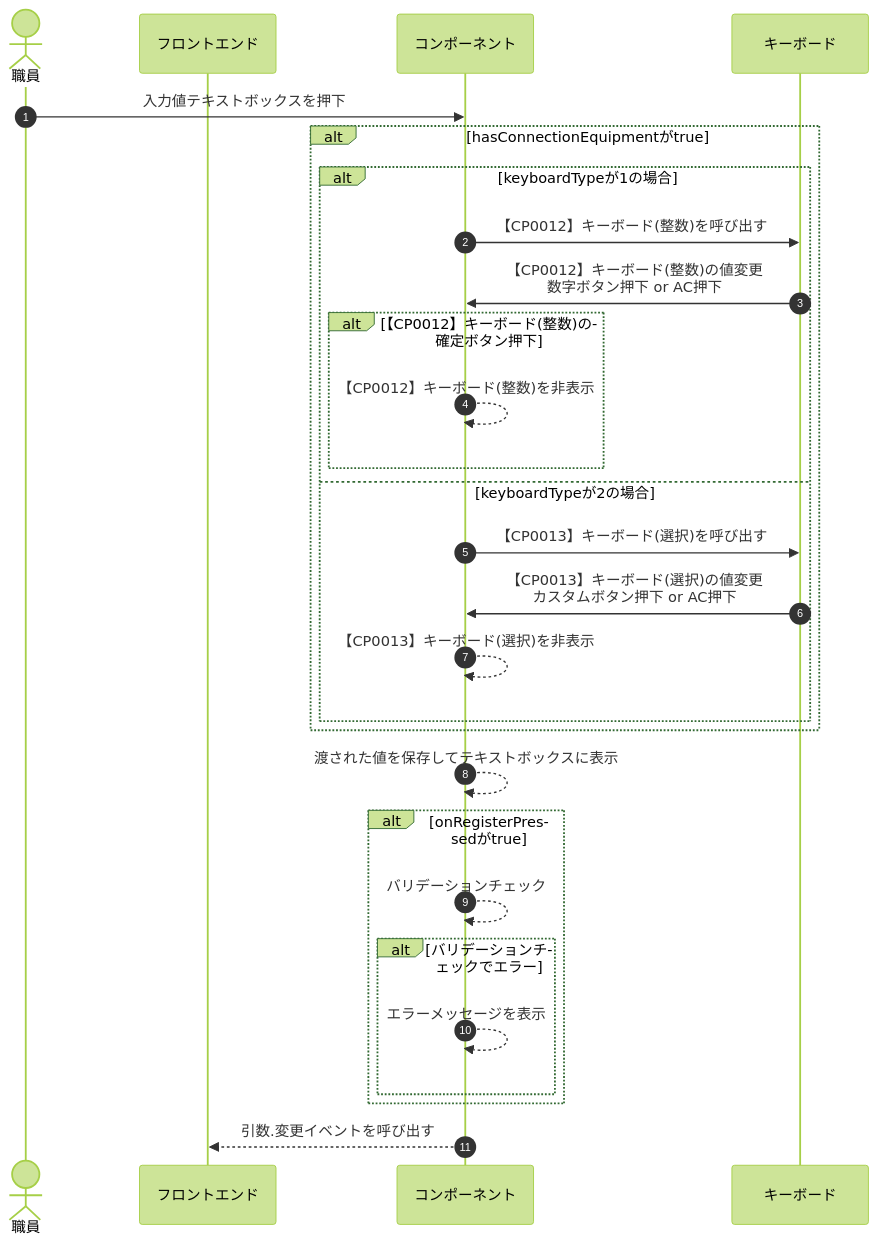
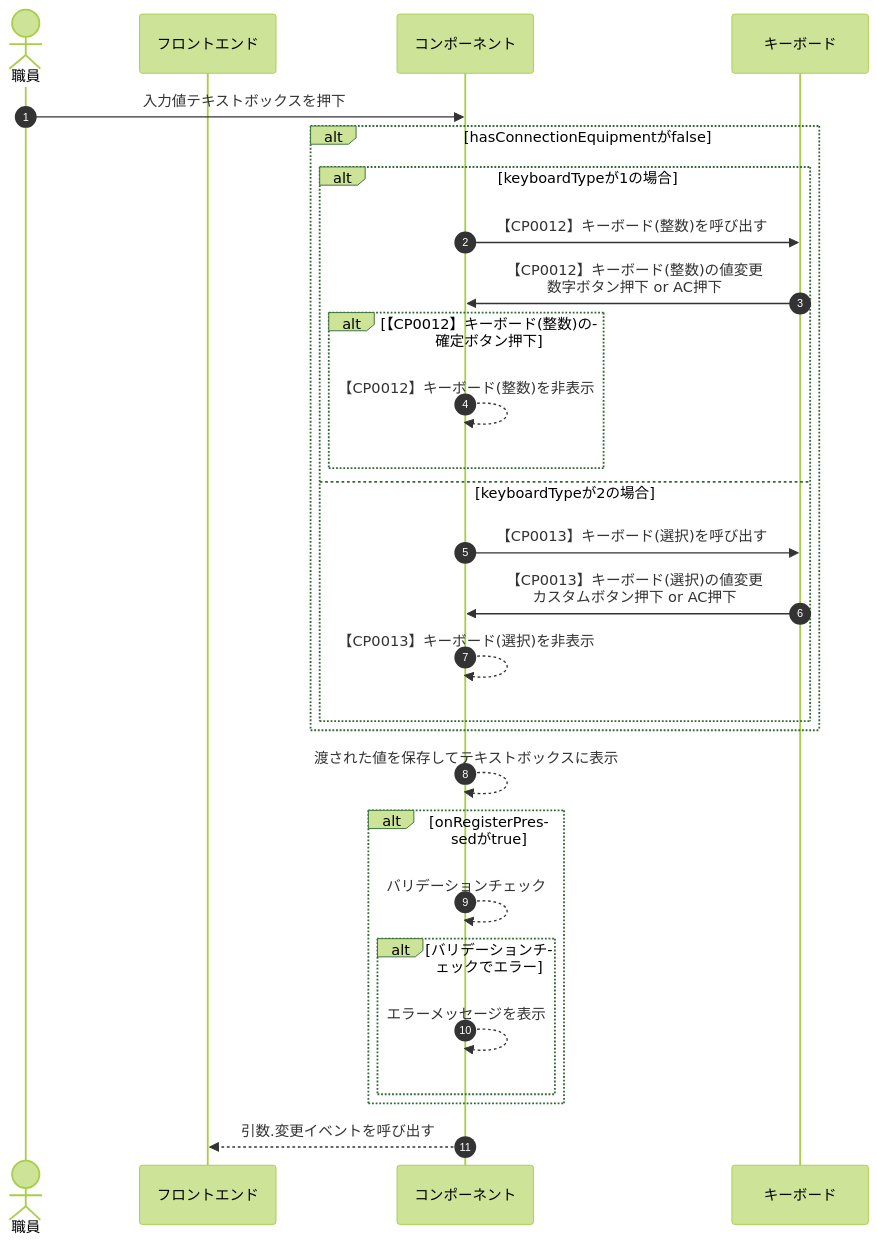
Before and after one commit to MrWangpeilin945/FlutterIOS: the diagram in Documents/UI設計書/src/docs/コンポーネント/CP1006_検査項目グループ_検査：血圧2回/CP1006-TextboxPressed.mmd, drawn with Mermaid.

Commit message:
条件分岐を修正

```diff
--- a/Documents/UI設計書/src/docs/コンポーネント/CP1006_検査項目グループ_検査：血圧2回/CP1006-TextboxPressed.mmd
+++ b/Documents/UI設計書/src/docs/コンポーネント/CP1006_検査項目グループ_検査：血圧2回/CP1006-TextboxPressed.mmd
@@ -1,30 +1,30 @@
 %%{init:{'theme':'forest'}}%%
 sequenceDiagram
 autonumber
   actor User as 職員
   participant FE as フロントエンド
   participant KN as コンポーネント
   participant Key as キーボード
 
   User->>KN:入力値テキストボックスを押下
-  alt hasConnectionEquipmentがtrue
+  alt hasConnectionEquipmentがfalse
   alt keyboardTypeが1の場合
   KN->>Key:【CP0012】キーボード(整数)を呼び出す
   Key->>KN:【CP0012】キーボード(整数)の値変更<br>数字ボタン押下 or AC押下
   alt 【CP0012】キーボード(整数)の確定ボタン押下
   KN-->>KN:【CP0012】キーボード(整数)を非表示
   end
   else keyboardTypeが2の場合
   KN->>Key:【CP0013】キーボード(選択)を呼び出す
   Key->>KN:【CP0013】キーボード(選択)の値変更<br>カスタムボタン押下 or AC押下
   KN-->>KN:【CP0013】キーボード(選択)を非表示
   end
   end
   KN-->>KN:渡された値を保存してテキストボックスに表示
   alt onRegisterPressedがtrue
   KN-->>KN:バリデーションチェック
   alt バリデーションチェックでエラー
   KN-->>KN:エラーメッセージを表示 
   end
   end
   KN-->>FE:引数.変更イベントを呼び出す
```
